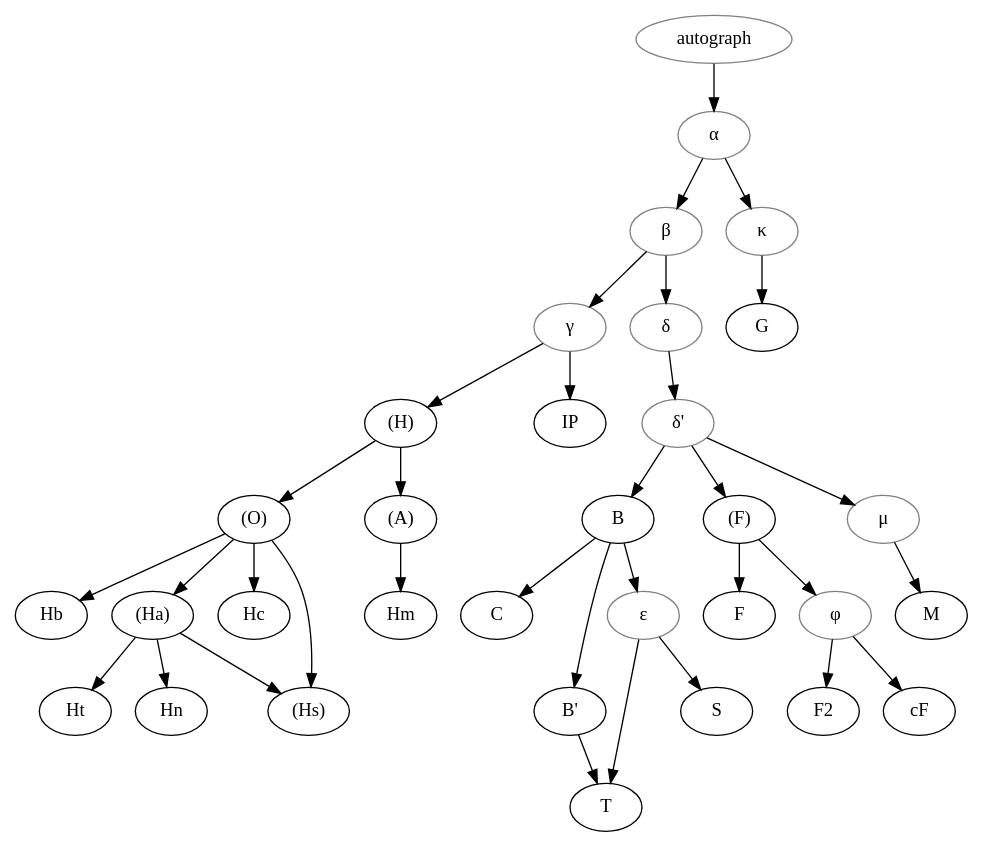
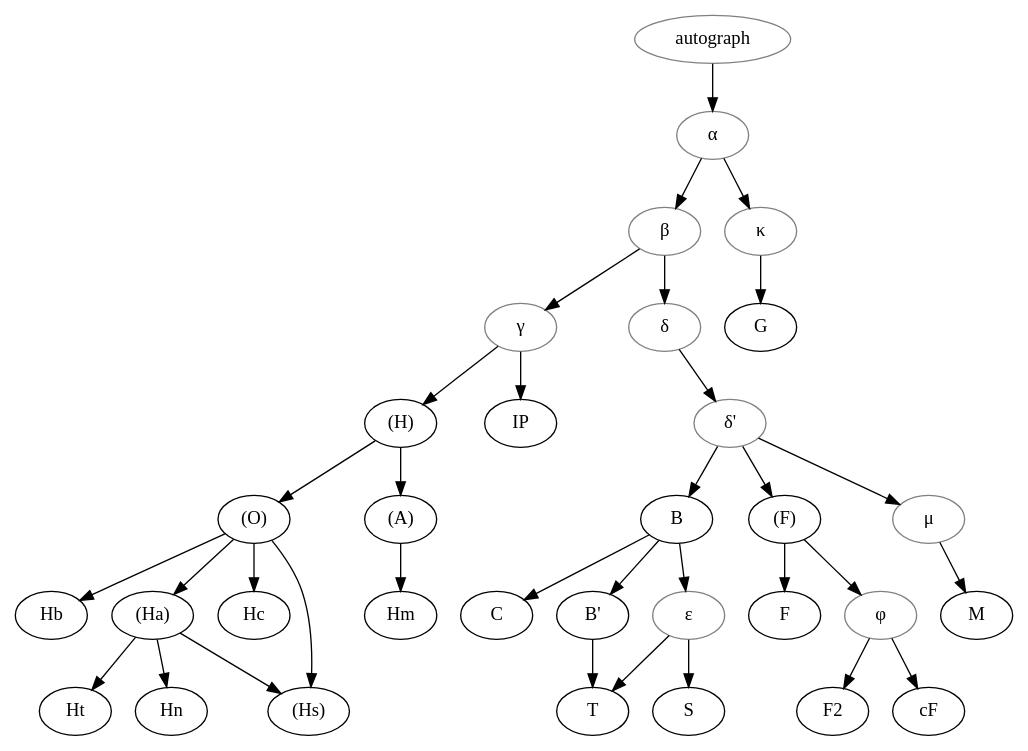
One commit to OpenStemmata/database changed the diagram in data/lat/Burgess_1993_ChronicaeIdacii/stemma.gv. Above: the diagram before and after it, drawn with Graphviz.

```diff
--- a/data/lat/Burgess_1993_ChronicaeIdacii/stemma.gv
+++ b/data/lat/Burgess_1993_ChronicaeIdacii/stemma.gv
@@ -1,69 +1,69 @@
 digraph {
 
    autograph -> alpha;
    alpha-> beta;
    beta-> gamma;
    gamma->H;
    gamma->IP;
    H->O;
    O->Hb;
    O->Ha;
    O->Hc;
    Ha->Ht;
    Ha->Hn;
    O->Hs;
    A->Hm;
    beta->delta;
    delta->deltaprime;
    deltaprime->B;
    B->C;
-   B->Bprime[minlen=2];
+   B->Bprime;
    B->epsilon;
    Bprime->T;
    epsilon->S;
    deltaprime->Fpar;
    Fpar->F;
    Fpar->phi;
    phi->Fdeux;
    phi->cF;
    deltaprime->mu;
    mu->M;
    alpha->kappa;
    kappa->G;
    H->A;
    Ha->Hs;
    epsilon->T;
     
     autograph [label="autograph", color=grey];
     alpha [label="α", color=grey];
     beta [label="β", color=grey];
     kappa [label="κ", color=grey];
     gamma [label="γ", color=grey];
     delta [label="δ", color=grey];
     deltaprime [label="δ'", color=grey];
     mu [label="μ", color=grey];
     G [label="G"];
     H [label="(H)"];
     IP [label="IP"];
     M [label="M"];
     A [label="(A)"];
     Hm [label="Hm"];
     O [label="(O)"];
     Hb [label="Hb"];
     Ha [label="(Ha)"];
     Hs [label="(Hs)"];
     Hc [label="Hc"];
     B [label="B"];
     C [label="C"];
     Bprime [label="B'"];
     T [label="T"];
     S [label="S"];
     epsilon [label="ε", color=grey];
     F [label="F"];
     Fpar[label="(F)"];
     cF [label="cF"];
     phi [label="φ", color=grey];
      Fdeux [label="F2"];
     
    
 }
```
